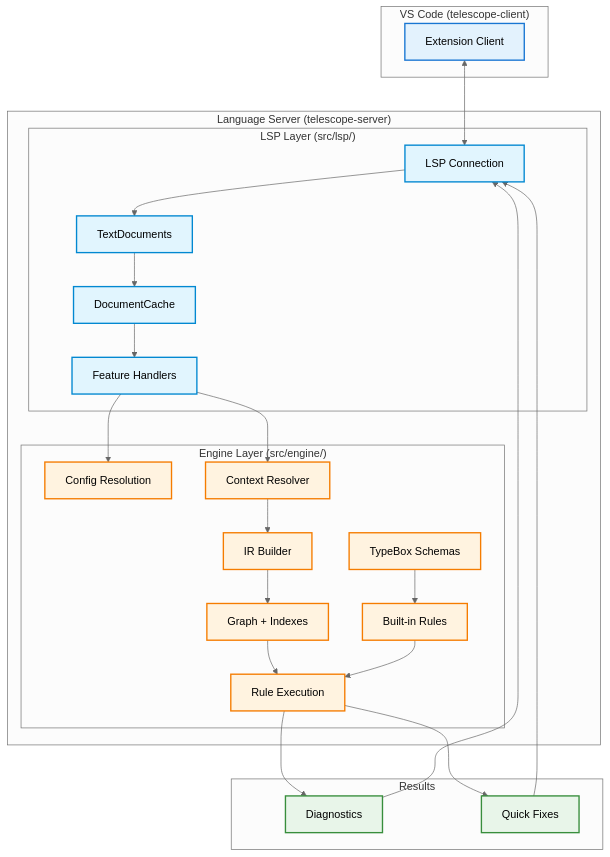
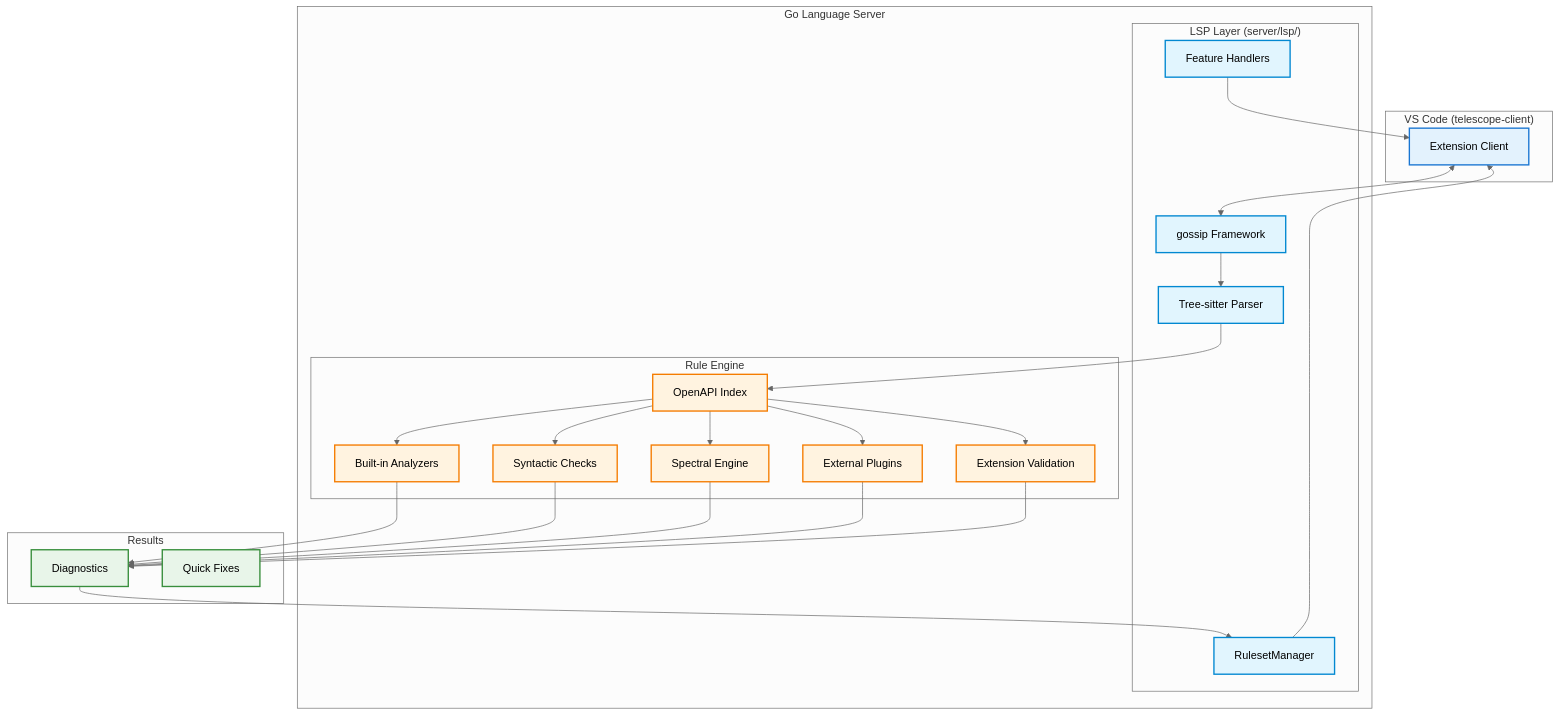
The diagram in ARCHITECTURE.md (sailpoint-oss/telescope), drawn with Mermaid (neutral theme) before and after one commit. The commit also changed other lines of this file and 134 other files, not shown here.

````diff
--- a/ARCHITECTURE.md
+++ b/ARCHITECTURE.md
@@ -54,58 +53,58 @@
 ```mermaid
 flowchart TB
     subgraph Client["VS Code (telescope-client)"]
         Extension[Extension Client]
     end
 
-    subgraph Server["Language Server (telescope-server)"]
-        subgraph LSP["LSP Layer (src/lsp/)"]
-            Connection["LSP Connection"]
-            TextDocs["TextDocuments"]
-            Cache["DocumentCache"]
+    subgraph Server["Go Language Server"]
+        subgraph LSP["LSP Layer (server/lsp/)"]
+            Gossip["gossip Framework"]
+            TreeSitter["Tree-sitter Parser"]
             Handlers["Feature Handlers"]
+            RulesetMgr["RulesetManager"]
         end
 
-        subgraph Engine["Engine Layer (src/engine/)"]
-            Config["Config Resolution"]
-            Context["Context Resolver"]
-            IR["IR Builder"]
-            Indexes["Graph + Indexes"]
-            Execution["Rule Execution"]
-            Rules["Built-in Rules"]
-            Schemas["TypeBox Schemas"]
+        subgraph Engine["Rule Engine"]
+            Index["OpenAPI Index"]
+            Analyzers["Built-in Analyzers"]
+            Checks["Syntactic Checks"]
+            Spectral["Spectral Engine"]
+            Plugins["External Plugins"]
+            ExtVal["Extension Validation"]
         end
     end
 
     subgraph Output["Results"]
         Diagnostics["Diagnostics"]
         Fixes["Quick Fixes"]
     end
 
-    Extension <--> Connection
-    Connection --> TextDocs
-    TextDocs --> Cache
-    Cache --> Handlers
+    Extension <--> Gossip
+    Gossip --> TreeSitter
+    TreeSitter --> Index
+    Index --> Analyzers
+    Index --> Checks
+    Index --> Spectral
+    Index --> Plugins
+    Index --> ExtVal
 
-    Handlers --> Config
-    Handlers --> Context
-    Context --> IR
-    IR --> Indexes
-    Indexes --> Execution
-    Rules --> Execution
-    Schemas --> Rules
+    Analyzers --> Diagnostics
+    Checks --> Diagnostics
+    Spectral --> Diagnostics
+    Plugins --> Diagnostics
+    ExtVal --> Diagnostics
 
-    Execution --> Diagnostics
-    Execution --> Fixes
-    Diagnostics --> Connection
-    Fixes --> Connection
+    Diagnostics --> RulesetMgr
+    RulesetMgr --> Extension
+    Handlers --> Extension
 
     classDef client fill:#e3f2fd,stroke:#1976d2,stroke-width:2px
     classDef lsp fill:#e1f5fe,stroke:#0288d1,stroke-width:2px
     classDef engine fill:#fff3e0,stroke:#f57c00,stroke-width:2px
     classDef output fill:#e8f5e9,stroke:#388e3c,stroke-width:2px
 
     class Extension client
-    class Connection,TextDocs,Cache,Handlers lsp
-    class Config,Context,IR,Indexes,Execution,Rules,Schemas engine
+    class Gossip,TreeSitter,Handlers,RulesetMgr lsp
+    class Index,Analyzers,Checks,Spectral,Plugins,ExtVal engine
     class Diagnostics,Fixes output
 ```
````
